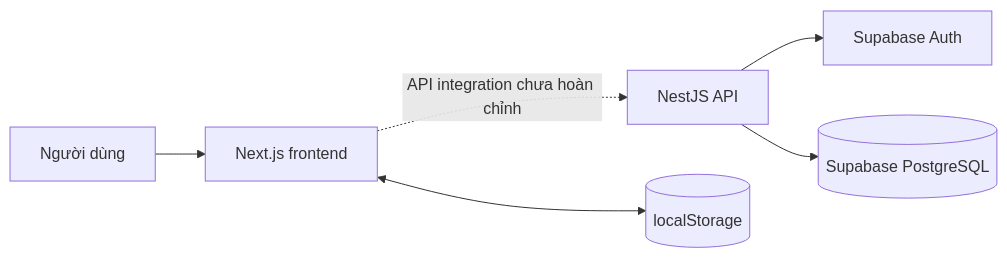
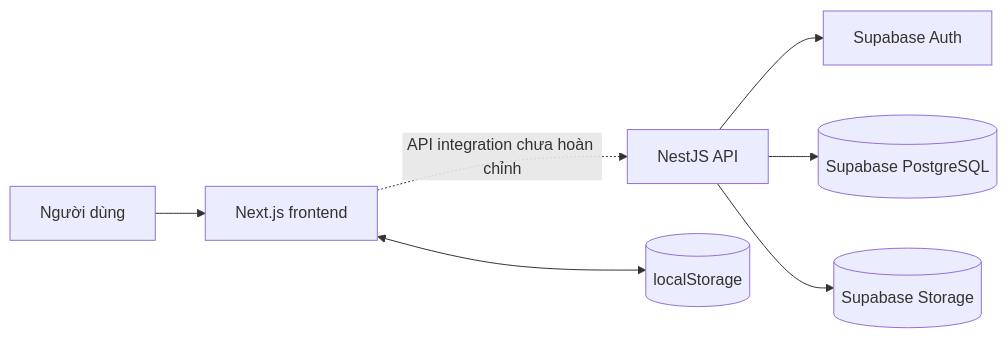
One commit to khoadanwneee/PostDrop changed the first of 4 diagrams in docs/system-architecture.md. Above: the diagram before and after it, drawn with Mermaid. The commit also changed other lines of this file and 14 other files, not shown here.

```diff
--- a/docs/system-architecture.md
+++ b/docs/system-architecture.md
@@ -24,15 +24,17 @@
 ~~~mermaid
 flowchart LR
     User[Người dùng]
     FE[Next.js frontend]
     API[NestJS API]
     Auth[Supabase Auth]
     DB[(Supabase PostgreSQL)]
+    Storage[(Supabase Storage)]
     Local[(localStorage)]
 
     User --> FE
     FE <--> Local
     FE -. API integration chưa hoàn chỉnh .-> API
     API --> Auth
     API --> DB
+    API --> Storage
 ~~~
```
